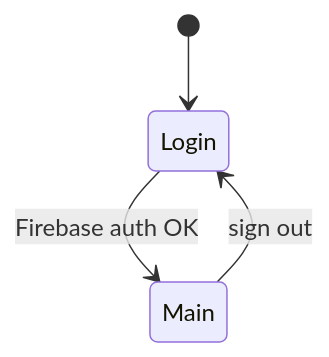
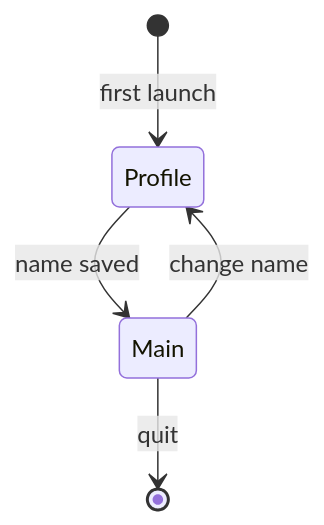
One commit to nblaisot/voxcrew changed the second of 2 diagrams in docs/architecture.md. Above: the diagram before and after it, drawn with Mermaid. The commit also changed other lines of this file and 98 other files, not shown here.

````diff
--- a/docs/architecture.md
+++ b/docs/architecture.md
@@ -97,6 +46,7 @@
 ```mermaid
 stateDiagram-v2
-  [*] --> Login
-  Login --> Main: Firebase auth OK
-  Main --> Login: sign out
+  [*] --> Profile: first launch
+  Profile --> Main: name saved
+  Main --> Profile: change name
+  Main --> [*]: quit
 ```
````
